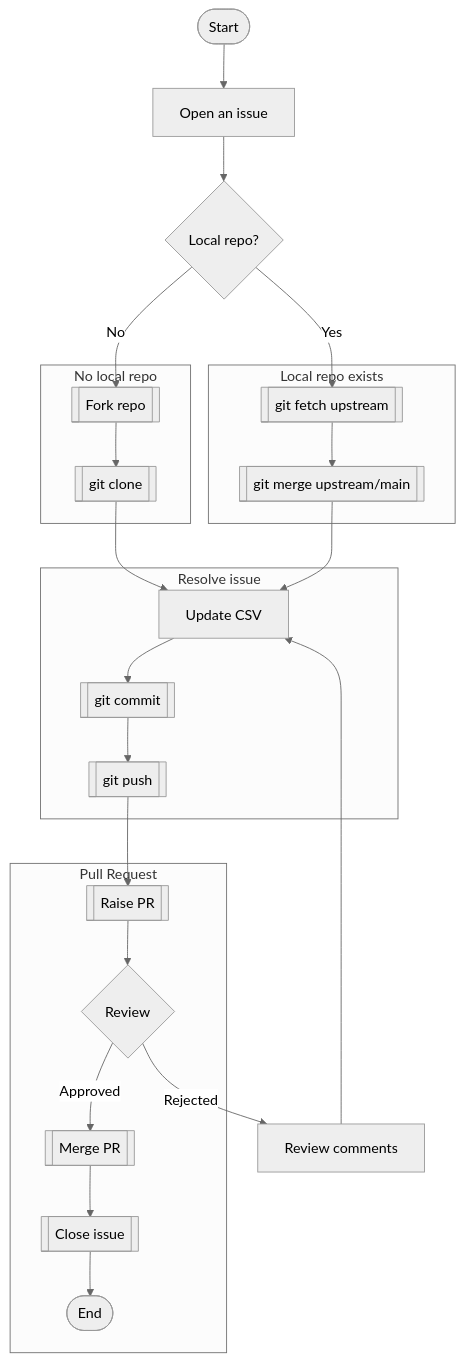
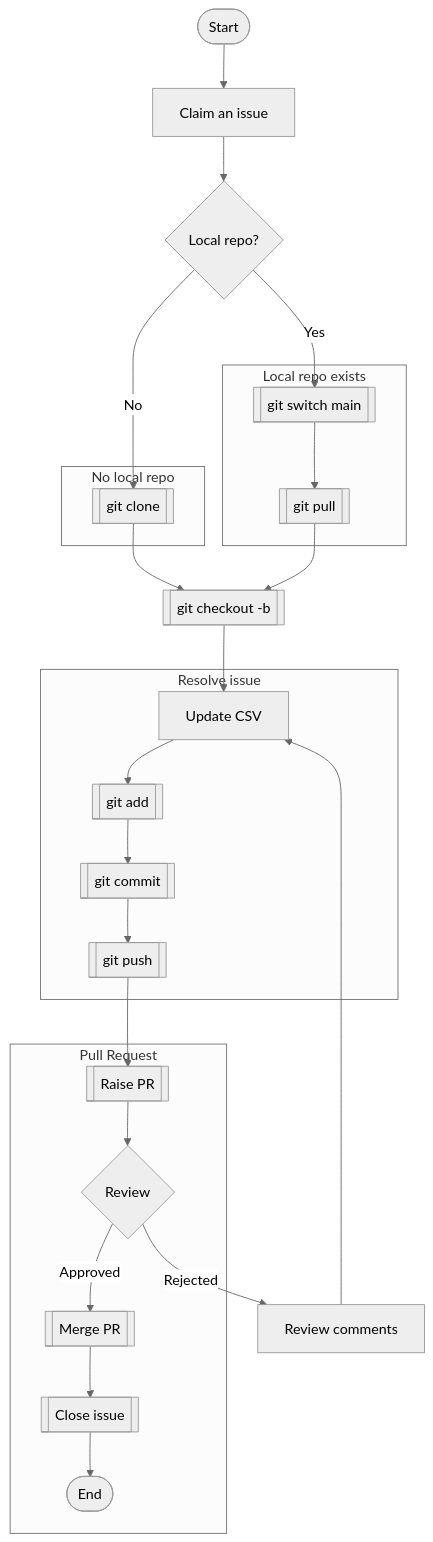
Before and after one commit to gofair-foundation/fsr_qualification: the diagram in README.md, drawn with Mermaid (neutral theme). The commit also changed other lines of this file, not shown here.

````diff
--- a/README.md
+++ b/README.md
@@ -23,35 +23,36 @@
 ```mermaid
 flowchart TD
 
   start([Start]) --> issue
-  issue[Open an issue] --> repo
+  issue[Claim an issue] --> repo
   
   repo{Local repo?}
-  repo -->|No|fork
-  repo -->|Yes|pull
+  repo -->|No|clone
+  repo -->|Yes|switch
 
   subgraph "No local repo"
-    fork[[Fork repo]] --> clone[[git clone]]
+    clone[[git clone]]
   end
   subgraph "Local repo exists"
-    pull[[git fetch upstream]] --> lmerge[[git merge upstream/main]]
+    switch[[git switch main]] --> pull[[git pull]]
   end
   
-  clone --> modify[Update CSV]
-  lmerge --> modify
+  clone --> branch[[git checkout -b]]
+  pull --> branch
+  branch --> modify[Update CSV]
   
   subgraph "Resolve issue"
-    modify --> commit[[git commit]] --> push[[git push]]
+    modify --> gadd[[git add]] --> commit[[git commit]] --> push[[git push]]
   end
   
   push --> pr
   subgraph "Pull Request"
     pr[[Raise PR]] --> review{Review}
     review -->|Approved|prmerge[[Merge PR]]
     prmerge --> close[[Close issue]]
     close --> terminator([End])
   end
 
   review -->|Rejected|fix[Review comments]-->modify
 
 ```
````
